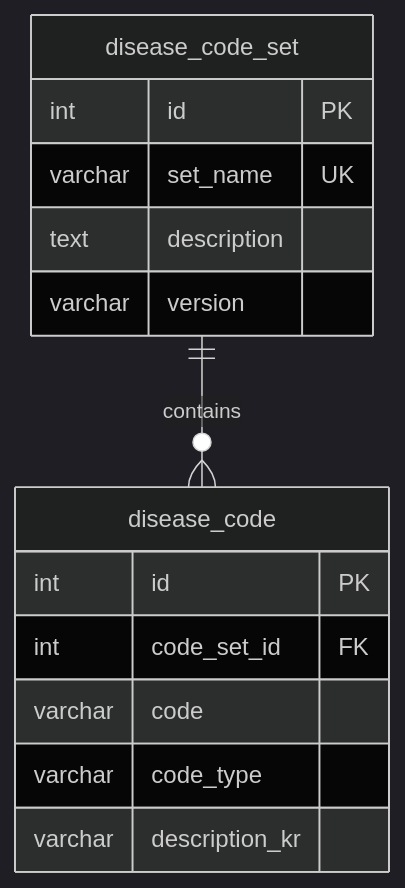
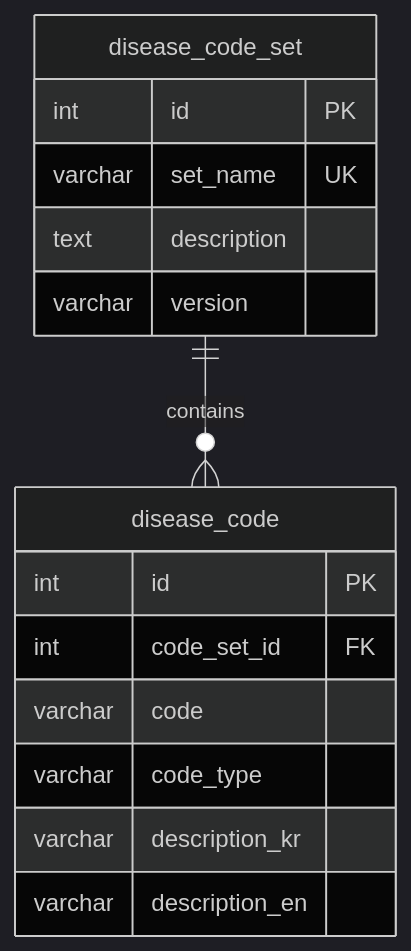
One commit to jason-dio-so/insurance-ontology-v3 changed the fifth of 5 diagrams in db_refactoring/docs/ER_DIAGRAM.md. Above: the diagram before and after it, drawn with Mermaid (dark theme). The commit also changed other lines of this file and 1 other file, not shown here.

First line of the commit message:
docs: Sync ER_DIAGRAM.md and GRAPH_SCHEMA.md with actual schema

````diff
--- a/db_refactoring/docs/ER_DIAGRAM.md
+++ b/db_refactoring/docs/ER_DIAGRAM.md
@@ -209,19 +233,20 @@
 ```mermaid
 erDiagram
     disease_code_set {
         int id PK
         varchar set_name UK
         text description
         varchar version
     }
 
     disease_code {
         int id PK
         int code_set_id FK
         varchar code
         varchar code_type
         varchar description_kr
+        varchar description_en
     }
 
     disease_code_set ||--o{ disease_code : "contains"
 ```
````
